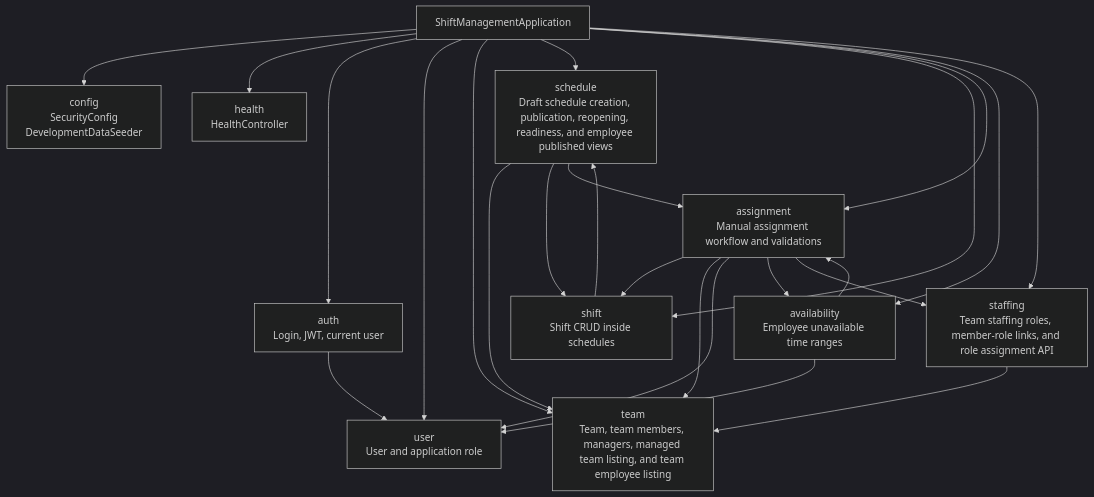
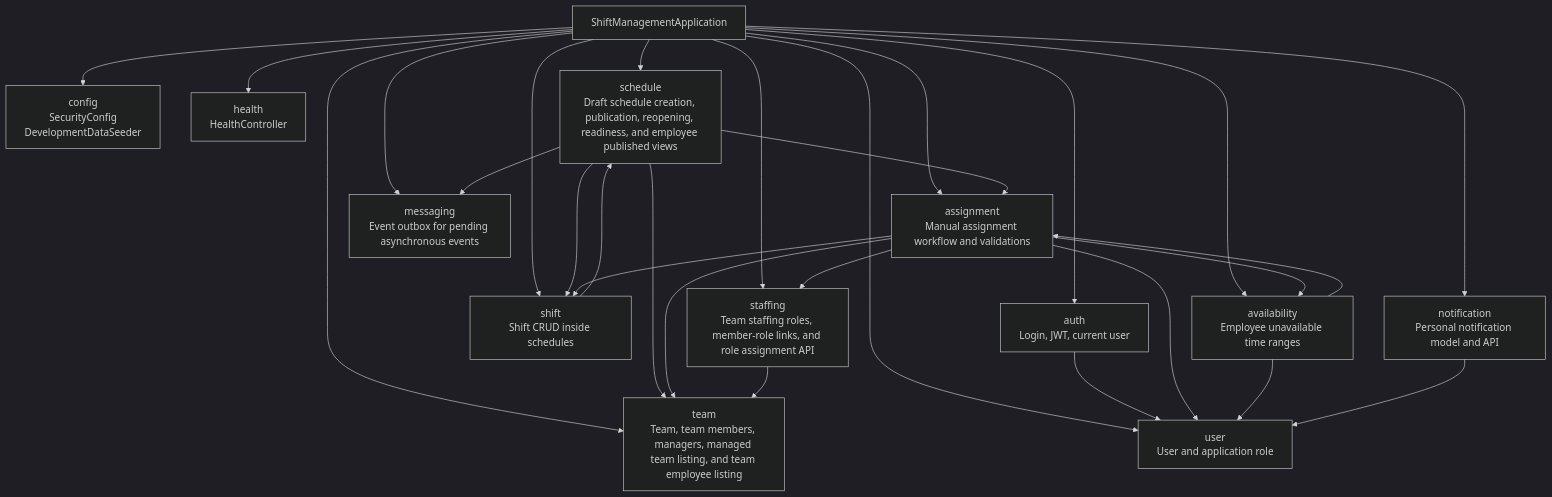
Before and after one commit to HiliMor/shift-management-system: the second of 15 diagrams in docs/current-backend-architecture.md, drawn with Mermaid (dark theme). The commit also changed other lines of this file and 11 other files, not shown here.

Commit message:
Notifications: add event outbox for schedule publication

````diff
--- a/docs/current-backend-architecture.md
+++ b/docs/current-backend-architecture.md
@@ -57,40 +60,46 @@
 ```mermaid
 flowchart TD
     app["ShiftManagementApplication"]
 
     config["config<br/>SecurityConfig<br/>DevelopmentDataSeeder"]
     health["health<br/>HealthController"]
     auth["auth<br/>Login, JWT, current user"]
     user["user<br/>User and application role"]
     team["team<br/>Team, team members, managers, managed team listing, and team employee listing"]
     schedule["schedule<br/>Draft schedule creation, publication, reopening, readiness, and employee published views"]
     shift["shift<br/>Shift CRUD inside schedules"]
     assignment["assignment<br/>Manual assignment workflow and validations"]
     availability["availability<br/>Employee unavailable time ranges"]
     staffing["staffing<br/>Team staffing roles, member-role links, and role assignment API"]
+    messaging["messaging<br/>Event outbox for pending asynchronous events"]
+    notification["notification<br/>Personal notification model and API"]
 
     app --> config
     app --> health
     app --> auth
     app --> user
     app --> team
     app --> schedule
     app --> shift
     app --> assignment
     app --> availability
     app --> staffing
+    app --> messaging
+    app --> notification
 
     auth --> user
     schedule --> team
     schedule --> shift
     schedule --> assignment
+    schedule --> messaging
     shift --> schedule
     assignment --> shift
     assignment --> team
     assignment --> user
     assignment --> availability
     assignment --> staffing
     availability --> user
     availability --> assignment
     staffing --> team
+    notification --> user
 ```
````
